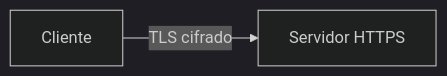
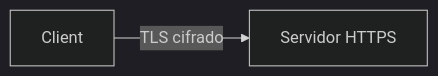
Before and after one commit to jordicido/jordicina: the third of 6 diagrams in docs/daw-daw/up3/04-seguridad-servidor-aplicaciones.md, drawn with Mermaid (dark theme). The commit also changed other lines of this file and 10 other files, not shown here.

````diff
--- a/docs/daw-daw/up3/04-seguridad-servidor-aplicaciones.md
+++ b/docs/daw-daw/up3/04-seguridad-servidor-aplicaciones.md
@@ -188,4 +188,4 @@
 ```mermaid
 flowchart LR
-    C["Cliente"] -->|"TLS cifrado"| S["Servidor HTTPS"]
+    C["Client"] -->|"TLS cifrado"| S["Servidor HTTPS"]
 ```
````
